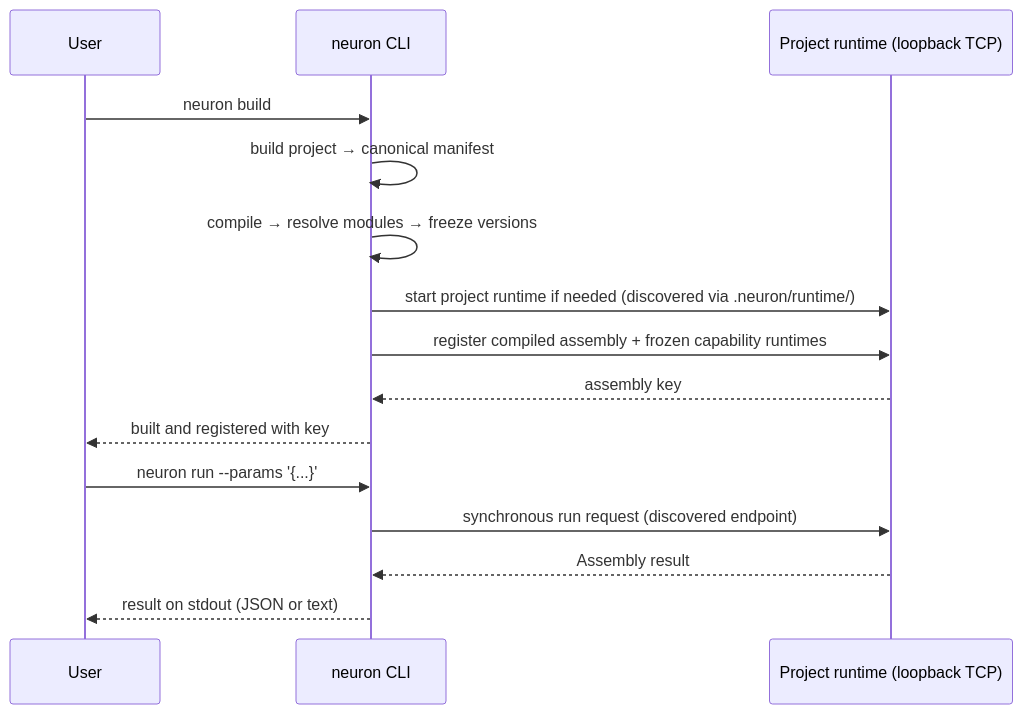
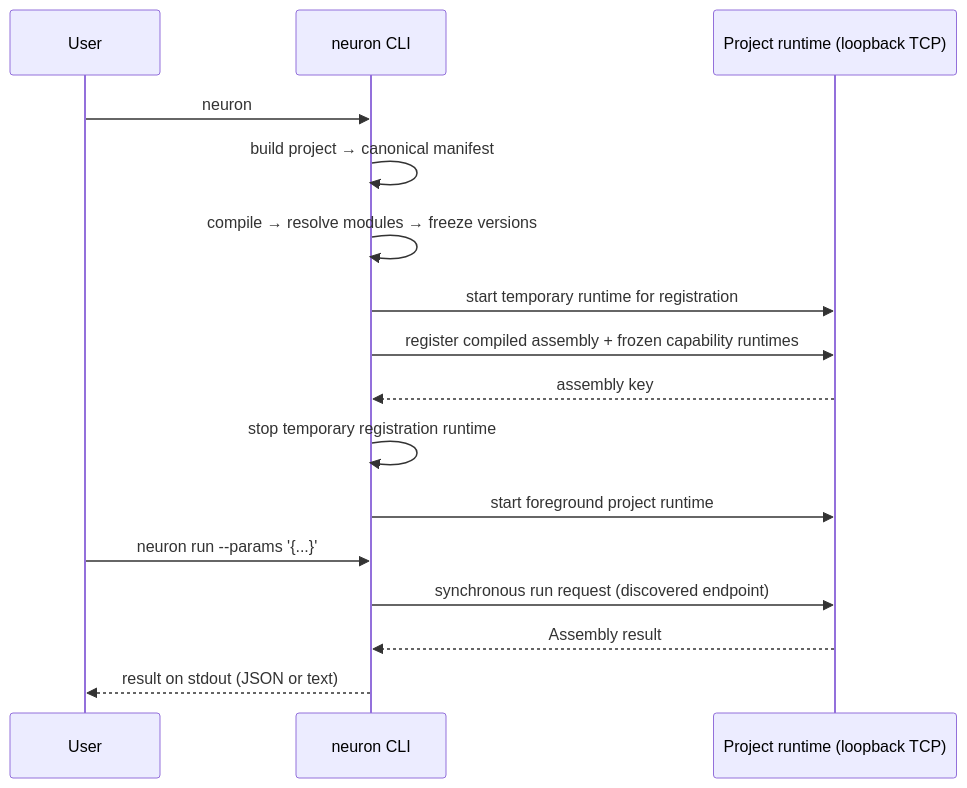
The diagram in application/README.md (neuron-runtime/neuron), drawn with Mermaid before and after one commit. The commit also changed other lines of this file, not shown here.

Commit message:
docs(cli): describe bare neuron build-and-run pipeline

````diff
--- a/application/README.md
+++ b/application/README.md
@@ -9,19 +9,20 @@
 ```mermaid
 sequenceDiagram
     participant U as User
     participant C as neuron CLI
     participant R as Project runtime (loopback TCP)
 
-    U->>C: neuron build
+    U->>C: neuron
     C->>C: build project → canonical manifest
     C->>C: compile → resolve modules → freeze versions
-    C->>R: start project runtime if needed (discovered via .neuron/runtime/)
+    C->>R: start temporary runtime for registration
     C->>R: register compiled assembly + frozen capability runtimes
     R-->>C: assembly key
-    C-->>U: built and registered with key
+    C->>C: stop temporary registration runtime
+    C->>R: start foreground project runtime
 
     U->>C: neuron run --params '{...}'
     C->>R: synchronous run request (discovered endpoint)
     R-->>C: Assembly result
     C-->>U: result on stdout (JSON or text)
 ```
````
